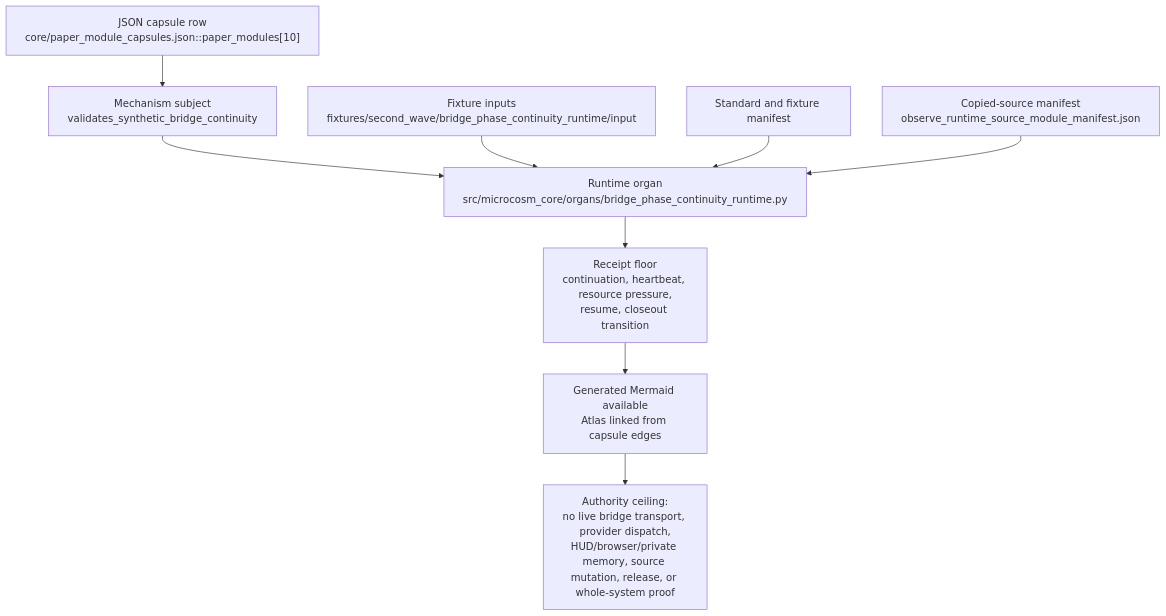
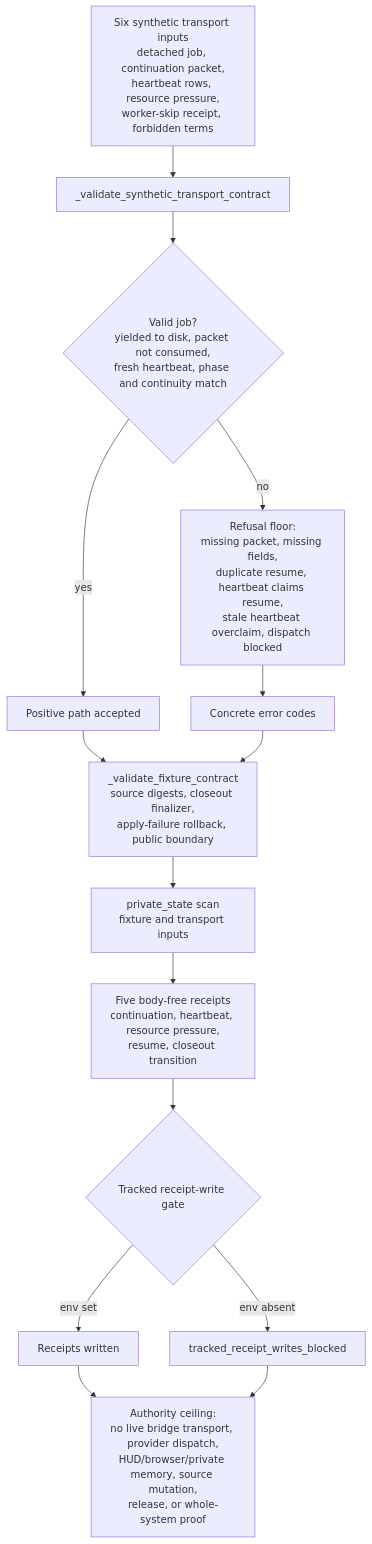
One commit to wcook04/plectis changed the diagram in paper_modules/bridge_phase_continuity_runtime.md. Above: the diagram before and after it, drawn with Mermaid. The commit also changed other lines of this file and 90 other files, not shown here.

First line of the commit message:
microcosm: enrich public paper-module prose and Shape diagrams (91 modules)

````diff
--- a/paper_modules/bridge_phase_continuity_runtime.md
+++ b/paper_modules/bridge_phase_continuity_runtime.md
@@ -60,11 +60,17 @@
 ```mermaid
 flowchart TD
-    A["JSON capsule row<br/>core/paper_module_capsules.json::paper_modules[10]"] --> B["Mechanism subject<br/>validates_synthetic_bridge_continuity"]
-    B --> C["Runtime organ<br/>src/microcosm_core/organs/bridge_phase_continuity_runtime.py"]
-    D["Fixture inputs<br/>fixtures/second_wave/bridge_phase_continuity_runtime/input"] --> C
-    E["Standard and fixture manifest"] --> C
-    F["Copied-source manifest<br/>observe_runtime_source_module_manifest.json"] --> C
-    C --> G["Receipt floor<br/>continuation, heartbeat, resource pressure,<br/>resume, closeout transition"]
-    G --> H["Generated Mermaid available<br/>Atlas linked from capsule edges"]
-    H --> I["Authority ceiling:<br/>no live bridge transport, provider dispatch,<br/>HUD/browser/private memory, source mutation, release, or whole-system proof"]
+    Inputs["Six synthetic transport inputs<br/>detached job, continuation packet,<br/>heartbeat rows, resource pressure,<br/>worker-skip receipt, forbidden terms"] --> Transport["_validate_synthetic_transport_contract"]
+    Transport --> Good{"Valid job?<br/>yielded to disk, packet not consumed,<br/>fresh heartbeat, phase and continuity match"}
+    Good -->|"yes"| Accept["Positive path accepted"]
+    Good -->|"no"| Refuse["Refusal floor:<br/>missing packet, missing fields,<br/>duplicate resume, heartbeat claims resume,<br/>stale heartbeat overclaim, dispatch blocked"]
+    Refuse --> Codes["Concrete error codes"]
+    Accept --> Fixture["_validate_fixture_contract<br/>source digests, closeout finalizer,<br/>apply-failure rollback, public boundary"]
+    Codes --> Fixture
+    Fixture --> Scan["private_state scan<br/>fixture and transport inputs"]
+    Scan --> Receipts["Five body-free receipts<br/>continuation, heartbeat, resource pressure,<br/>resume, closeout transition"]
+    Receipts --> Gate{"Tracked receipt-write gate"}
+    Gate -->|"env set"| Written["Receipts written"]
+    Gate -->|"env absent"| Blocked["tracked_receipt_writes_blocked"]
+    Written --> Ceiling["Authority ceiling:<br/>no live bridge transport, provider dispatch,<br/>HUD/browser/private memory, source mutation,<br/>release, or whole-system proof"]
+    Blocked --> Ceiling
 ```
````
